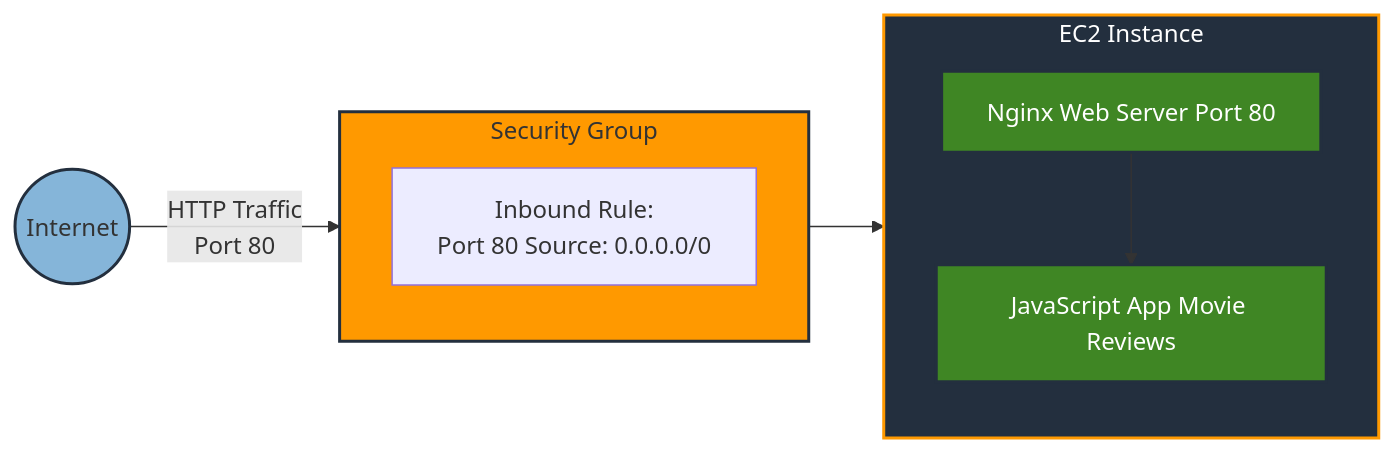
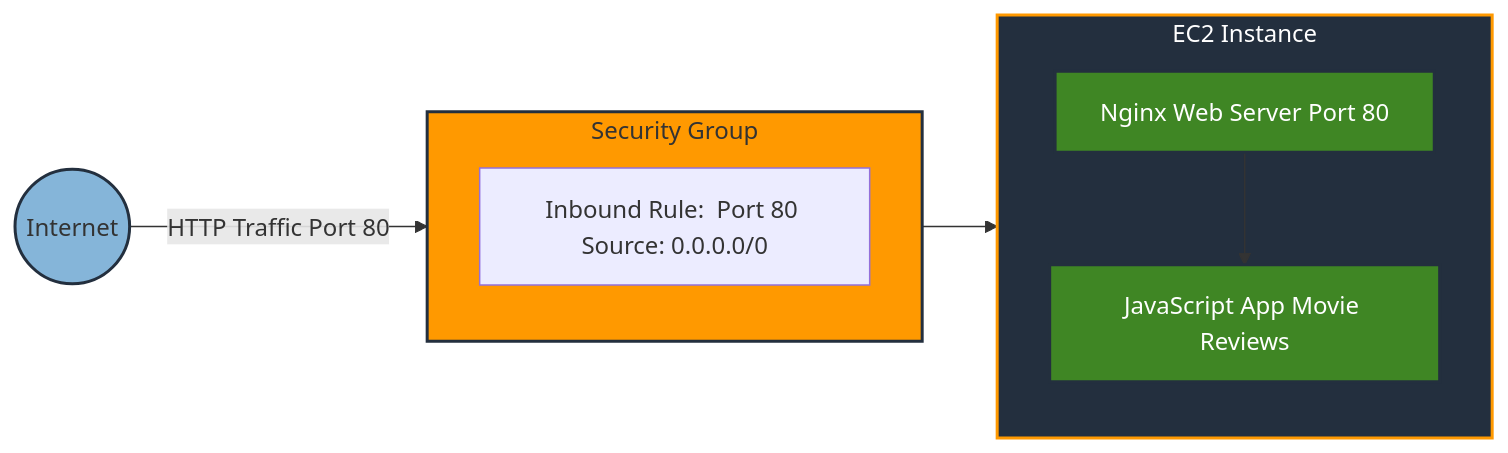
The diagram in ec2-architecture-detailed.mermaid (aidiko20/movieApp), drawn with Mermaid before and after one commit.

```diff
--- a/ec2-architecture-detailed.mermaid
+++ b/ec2-architecture-detailed.mermaid
@@ -1,27 +1,27 @@
 flowchart LR
     internet((Internet))
     
     subgraph sg [Security Group]
         direction TB
-        inbound[Inbound Rule:\nPort 80 Source: 0.0.0.0/0]
+        inbound[Inbound Rule:  Port 80 Source: 0.0.0.0/0]
     end
     
     subgraph ec2 [EC2 Instance]
         direction TB
         nginx[Nginx Web Server Port 80]
         app[JavaScript App Movie Reviews]
         nginx --> app
     end
     
-    internet -->|HTTP Traffic\nPort 80| sg
+    internet -->|HTTP Traffic  Port 80| sg
     sg --> ec2
     
     classDef sgStyle fill:#ff9900,stroke:#232F3E,stroke-width:2px;
     classDef ec2Style fill:#232F3E,stroke:#ff9900,stroke-width:2px,color:white;
     classDef componentStyle fill:#3F8624,stroke:#232F3E,stroke-width:2px,color:white;
     classDef internetStyle fill:#85B5D9,stroke:#232F3E,stroke-width:2px;
     
     class sg sgStyle;
     class ec2 ec2Style;
     class nginx,app componentStyle;
     class internet internetStyle;
```
